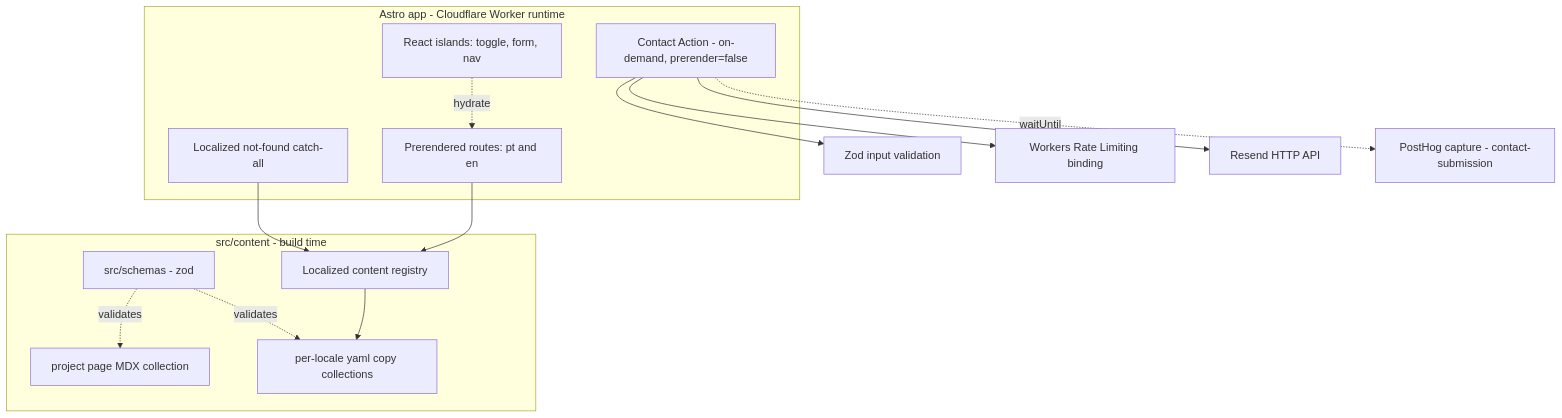
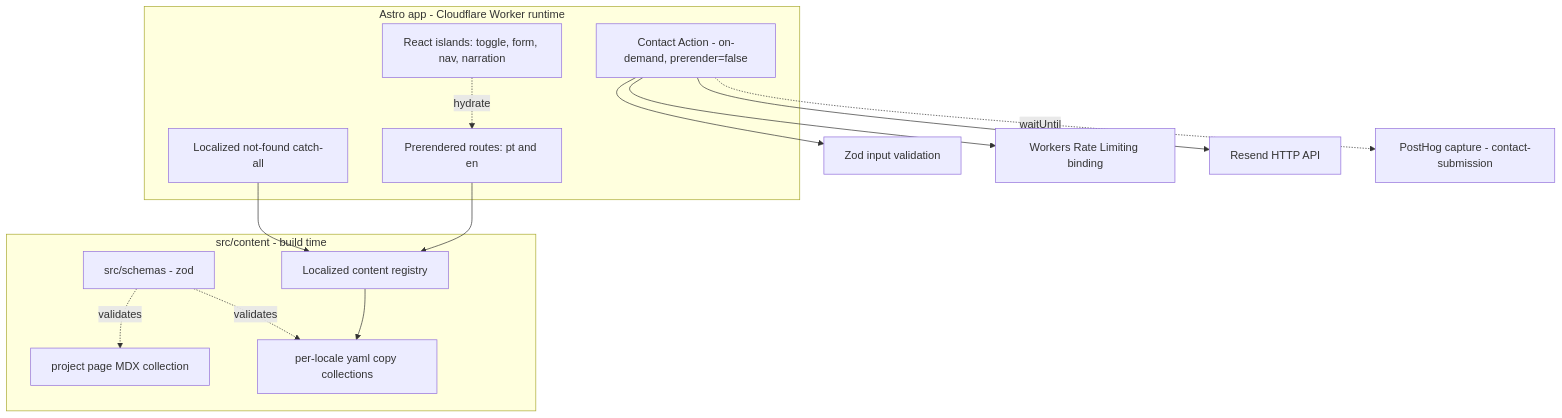
One commit to adeonir/adeonir.dev changed the first of 3 diagrams in docs/tech/design-doc.md. Above: the diagram before and after it, drawn with Mermaid. The commit also changed other lines of this file and 5 other files, not shown here.

````diff
--- a/docs/tech/design-doc.md
+++ b/docs/tech/design-doc.md
@@ -53,25 +53,25 @@
 ```mermaid
 flowchart TD
   subgraph App[Astro app - Cloudflare Worker runtime]
     Pages[Prerendered routes: pt and en]
     NotFound[Localized not-found catch-all]
     Action[Contact Action - on-demand, prerender=false]
-    Islands[React islands: toggle, form, nav]
+    Islands[React islands: toggle, form, nav, narration]
   end
   subgraph Content[src/content - build time]
     MDX[project page MDX collection]
     Copy[per-locale yaml copy collections]
     Registry[Localized content registry]
     Schemas[src/schemas - zod]
   end
   Pages --> Registry
   NotFound --> Registry
   Registry --> Copy
   Schemas -. validates .-> MDX
   Schemas -. validates .-> Copy
   Islands -. hydrate .-> Pages
   Action --> Zod[Zod input validation]
   Action --> RL[Workers Rate Limiting binding]
   Action --> Resend[Resend HTTP API]
   Action -. waitUntil .-> PostHog[PostHog capture - contact-submission]
 ```
````
